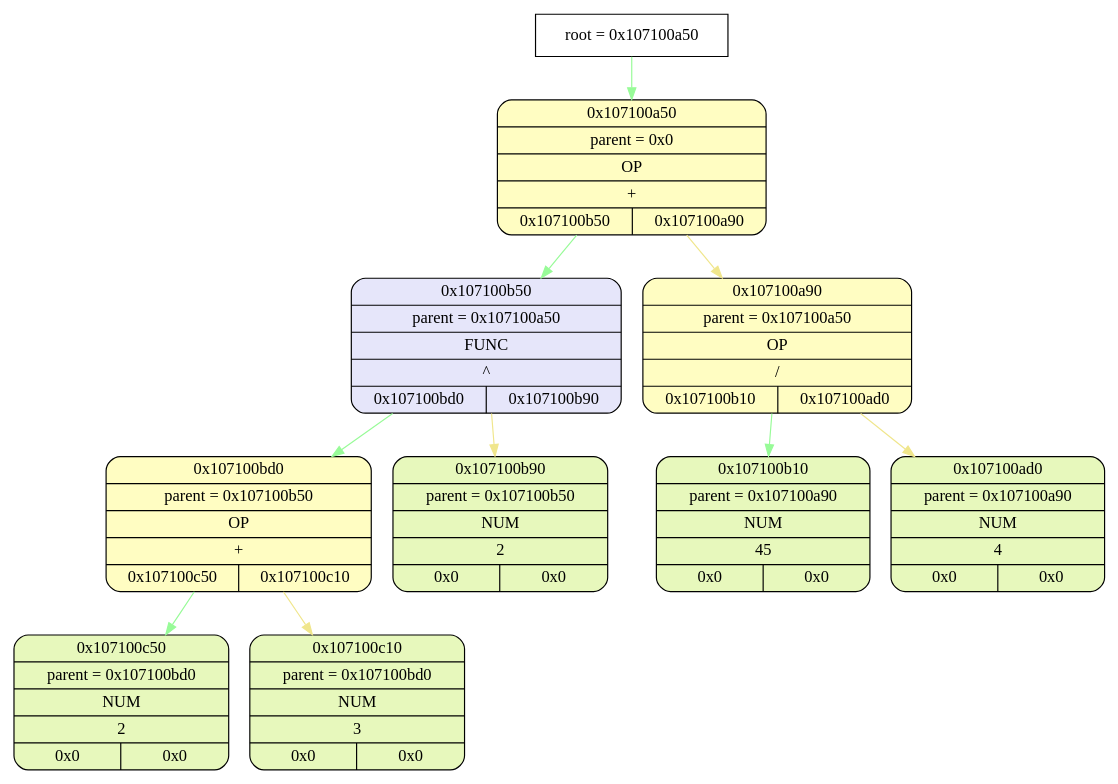
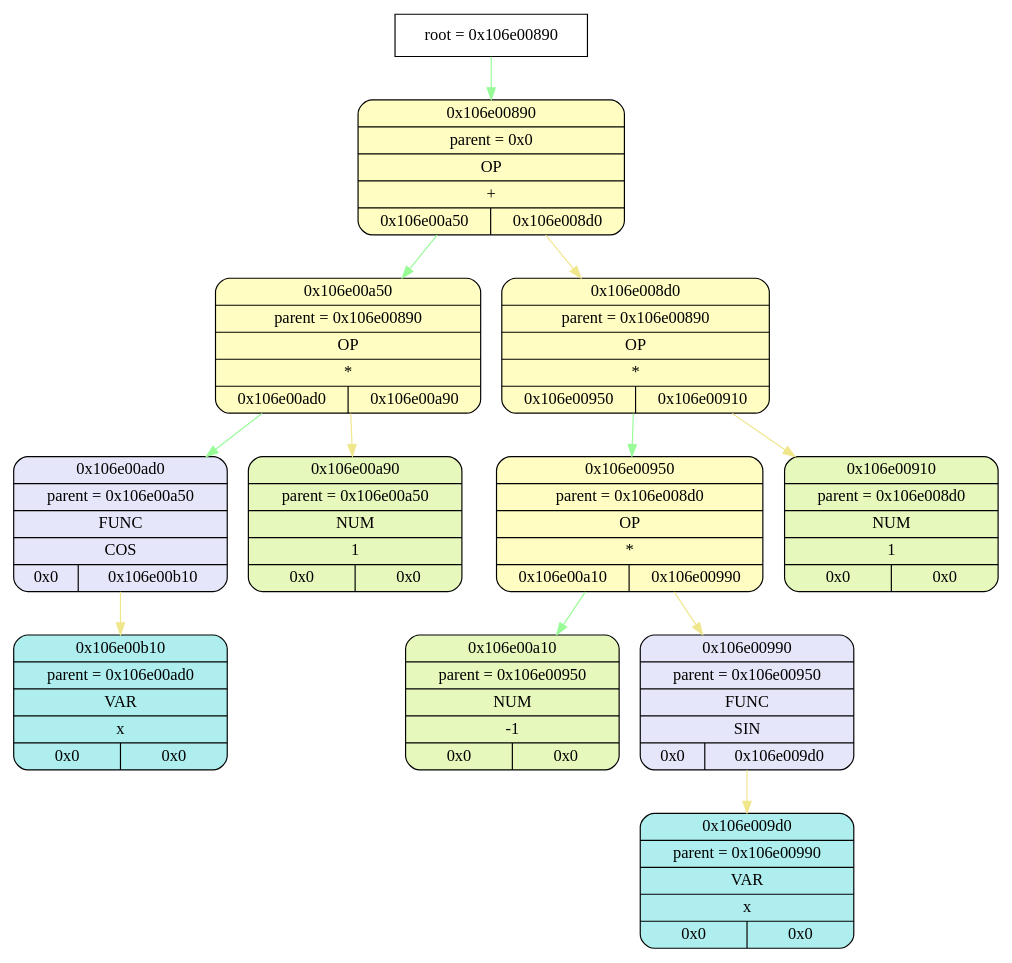
Before and after one commit to esgalimov/differentiator: the diagram in tmp/graphviz.dot, drawn with Graphviz. The commit also changed 9 other files, not shown here.

```diff
--- a/tmp/graphviz.dot
+++ b/tmp/graphviz.dot
@@ -1,32 +1,38 @@
 digraph
 {
-    node_info[shape = record, label = "{root = 0x107100a50}"];
+    node_info[shape = record, label = "{root = 0x106e00890}"];
 
-    node_info->node_0x107100a50 [color = "#98FB98"];
-    node_0x107100a50[shape = Mrecord, label = "{{0x107100a50} | {parent =  0x0} | {OP} | {+} | {0x107100b50 | 0x107100a90}}",
+    node_info->node_0x106e00890 [color = "#98FB98"];
+    node_0x106e00890[shape = Mrecord, label = "{{0x106e00890} | {parent =  0x0} | {OP} | {+} | {0x106e00a50 | 0x106e008d0}}",
                 style="filled", fillcolor="#FFFDC2"];
-    node_0x107100b50[shape = Mrecord, label = "{{0x107100b50} | {parent =  0x107100a50} | {FUNC} | {^} | {0x107100bd0 | 0x107100b90}}",
+    node_0x106e00a50[shape = Mrecord, label = "{{0x106e00a50} | {parent =  0x106e00890} | {OP} | {*} | {0x106e00ad0 | 0x106e00a90}}",
+                style="filled", fillcolor="#FFFDC2"];
+    node_0x106e00ad0[shape = Mrecord, label = "{{0x106e00ad0} | {parent =  0x106e00a50} | {FUNC} | {COS} | {0x0 | 0x106e00b10}}",
                 style="filled", fillcolor="#E6E6FA"];
-    node_0x107100bd0[shape = Mrecord, label = "{{0x107100bd0} | {parent =  0x107100b50} | {OP} | {+} | {0x107100c50 | 0x107100c10}}",
+    node_0x106e00b10[shape = Mrecord, label = "{{0x106e00b10} | {parent =  0x106e00ad0} | {VAR} | {x} | {0x0 | 0x0}}",
+                style="filled", fillcolor="#AFEEEE"];
+    node_0x106e00a90[shape = Mrecord, label = "{{0x106e00a90} | {parent =  0x106e00a50} | {NUM} | {1} | {0x0 | 0x0}}",
+                style="filled", fillcolor="#E7F8BC"];
+    node_0x106e008d0[shape = Mrecord, label = "{{0x106e008d0} | {parent =  0x106e00890} | {OP} | {*} | {0x106e00950 | 0x106e00910}}",
                 style="filled", fillcolor="#FFFDC2"];
-    node_0x107100c50[shape = Mrecord, label = "{{0x107100c50} | {parent =  0x107100bd0} | {NUM} | {2} | {0x0 | 0x0}}",
+    node_0x106e00950[shape = Mrecord, label = "{{0x106e00950} | {parent =  0x106e008d0} | {OP} | {*} | {0x106e00a10 | 0x106e00990}}",
+                style="filled", fillcolor="#FFFDC2"];
+    node_0x106e00a10[shape = Mrecord, label = "{{0x106e00a10} | {parent =  0x106e00950} | {NUM} | {-1} | {0x0 | 0x0}}",
                 style="filled", fillcolor="#E7F8BC"];
-    node_0x107100c10[shape = Mrecord, label = "{{0x107100c10} | {parent =  0x107100bd0} | {NUM} | {3} | {0x0 | 0x0}}",
+    node_0x106e00990[shape = Mrecord, label = "{{0x106e00990} | {parent =  0x106e00950} | {FUNC} | {SIN} | {0x0 | 0x106e009d0}}",
+                style="filled", fillcolor="#E6E6FA"];
+    node_0x106e009d0[shape = Mrecord, label = "{{0x106e009d0} | {parent =  0x106e00990} | {VAR} | {x} | {0x0 | 0x0}}",
+                style="filled", fillcolor="#AFEEEE"];
+    node_0x106e00910[shape = Mrecord, label = "{{0x106e00910} | {parent =  0x106e008d0} | {NUM} | {1} | {0x0 | 0x0}}",
                 style="filled", fillcolor="#E7F8BC"];
-    node_0x107100b90[shape = Mrecord, label = "{{0x107100b90} | {parent =  0x107100b50} | {NUM} | {2} | {0x0 | 0x0}}",
-                style="filled", fillcolor="#E7F8BC"];
-    node_0x107100a90[shape = Mrecord, label = "{{0x107100a90} | {parent =  0x107100a50} | {OP} | {/} | {0x107100b10 | 0x107100ad0}}",
-                style="filled", fillcolor="#FFFDC2"];
-    node_0x107100b10[shape = Mrecord, label = "{{0x107100b10} | {parent =  0x107100a90} | {NUM} | {45} | {0x0 | 0x0}}",
-                style="filled", fillcolor="#E7F8BC"];
-    node_0x107100ad0[shape = Mrecord, label = "{{0x107100ad0} | {parent =  0x107100a90} | {NUM} | {4} | {0x0 | 0x0}}",
-                style="filled", fillcolor="#E7F8BC"];
-    node_0x107100a50->node_0x107100b50 [color = "#98FB98"];
-    node_0x107100b50->node_0x107100bd0 [color = "#98FB98"];
-    node_0x107100bd0->node_0x107100c50 [color = "#98FB98"];
-    node_0x107100bd0->node_0x107100c10 [color = "#F0E68C"];
-    node_0x107100b50->node_0x107100b90 [color = "#F0E68C"];
-    node_0x107100a50->node_0x107100a90 [color = "#F0E68C"];
-    node_0x107100a90->node_0x107100b10 [color = "#98FB98"];
-    node_0x107100a90->node_0x107100ad0 [color = "#F0E68C"];
+    node_0x106e00890->node_0x106e00a50 [color = "#98FB98"];
+    node_0x106e00a50->node_0x106e00ad0 [color = "#98FB98"];
+    node_0x106e00ad0->node_0x106e00b10 [color = "#F0E68C"];
+    node_0x106e00a50->node_0x106e00a90 [color = "#F0E68C"];
+    node_0x106e00890->node_0x106e008d0 [color = "#F0E68C"];
+    node_0x106e008d0->node_0x106e00950 [color = "#98FB98"];
+    node_0x106e00950->node_0x106e00a10 [color = "#98FB98"];
+    node_0x106e00950->node_0x106e00990 [color = "#F0E68C"];
+    node_0x106e00990->node_0x106e009d0 [color = "#F0E68C"];
+    node_0x106e008d0->node_0x106e00910 [color = "#F0E68C"];
 }
```
